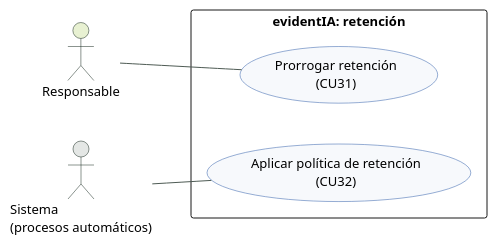
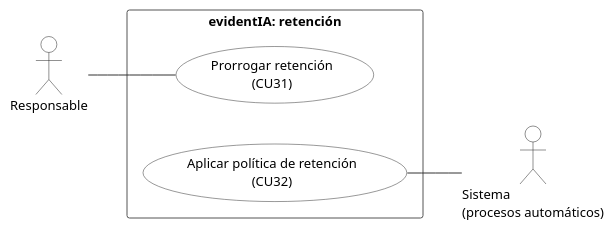
Before and after one commit to valentinasalmon/PFG-sistema-deteccion-IA: the diagram in docs/arquitectura/diagramas/09e-casos-de-uso.puml, drawn with PlantUML. The commit also changed 32 other files, not shown here.

First line of the commit message:
estilo(diagramas): diagramas ordenados con aspecto de hechos a mano

```diff
--- a/docs/arquitectura/diagramas/09e-casos-de-uso.puml
+++ b/docs/arquitectura/diagramas/09e-casos-de-uso.puml
@@ -1,22 +1,32 @@
 @startuml casos-de-uso-retención
 skinparam defaultFontName Arial
 skinparam defaultFontSize 13
 skinparam shadowing false
 skinparam ArrowColor #4E5B54
 skinparam nodesep 40
 skinparam ranksep 55
+skinparam linetype polyline
+skinparam ArrowColor #333333
+skinparam actor {
+  BorderColor #222222
+  BackgroundColor #FFFFFF
+}
+skinparam usecase {
+  BorderColor #333333
+  BackgroundColor #FFFFFF
+}
+skinparam rectangle {
+  BorderColor #555555
+  FontStyle bold
+}
 left to right direction
-skinparam usecaseBackgroundColor #F7F9FC
-skinparam usecaseBorderColor #2F5DA8
-skinparam actorBorderColor #17291F
-skinparam packageStyle rectangle
 
-actor "Responsable" as responsable #E8F1D2
-actor "Sistema\n(procesos automáticos)" as sistema #E4E7E5
+actor "Responsable" as responsable
+actor "Sistema\n(procesos automáticos)" as sistema
 rectangle "evidentIA: retención" {
   usecase "Prorrogar retención\n(CU31)" as CU31
   usecase "Aplicar política de retención\n(CU32)" as CU32
 }
 responsable -- CU31
-sistema -- CU32
+CU32 -- sistema
 @enduml
```
